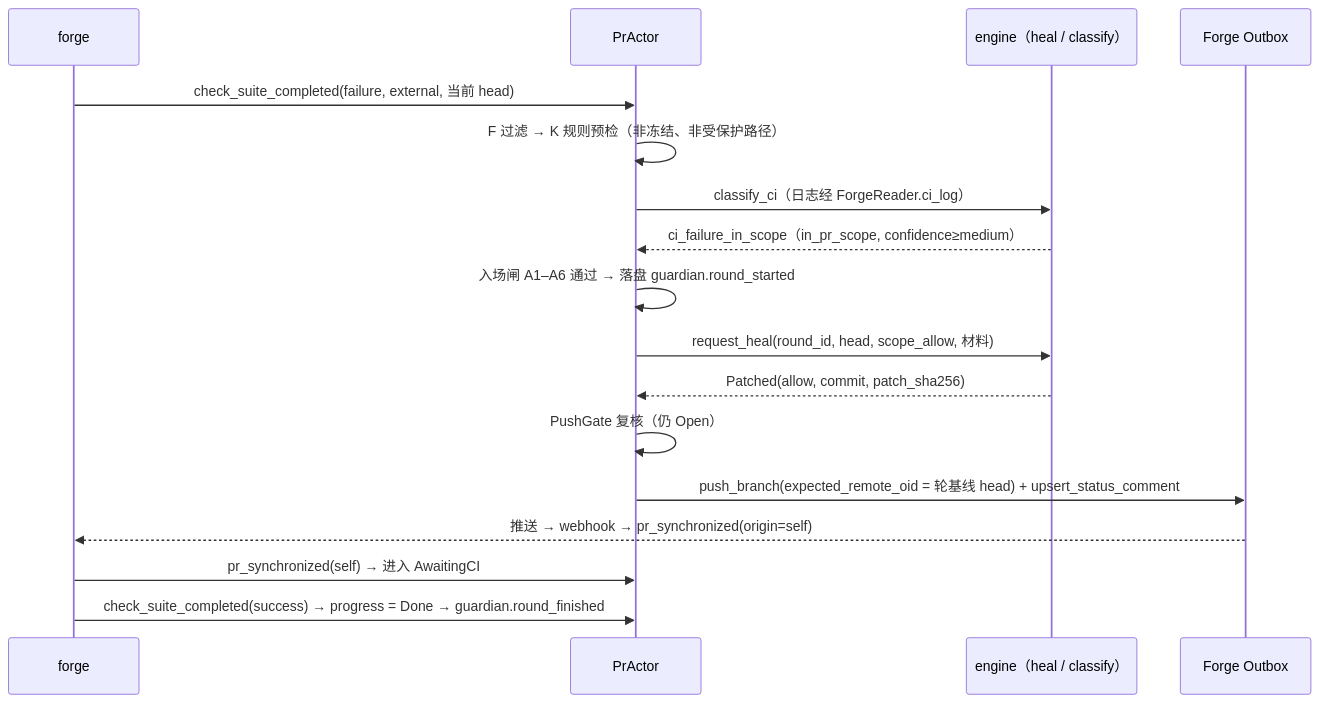
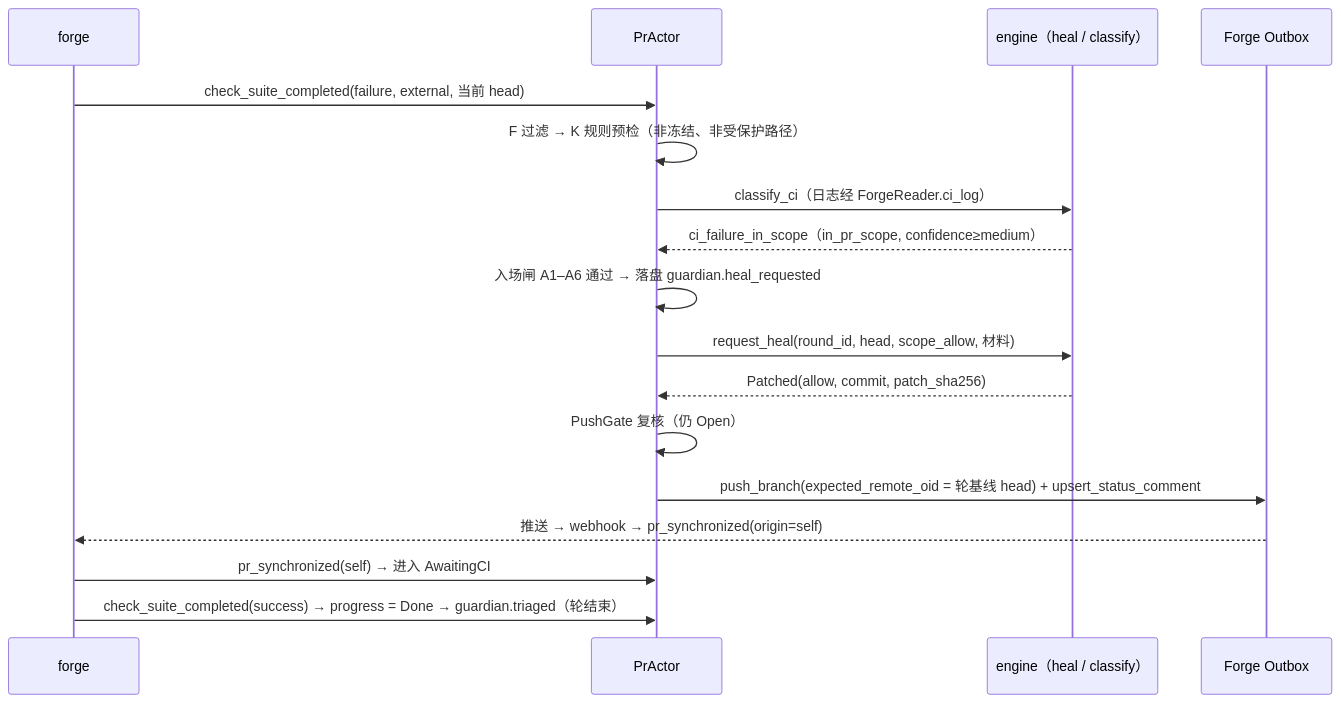
The second of 3 diagrams in docs/modules/guardian.md (LeXwDeX/Gantry), drawn with Mermaid before and after one commit. The commit also changed other lines of this file and 13 other files, not shown here.

````diff
--- a/docs/modules/guardian.md
+++ b/docs/modules/guardian.md
@@ -218,19 +218,19 @@
 ```mermaid
 sequenceDiagram
   participant FO as forge
   participant G as PrActor
   participant E as engine（heal / classify）
   participant OB as Forge Outbox
   FO->>G: check_suite_completed(failure, external, 当前 head)
   G->>G: F 过滤 → K 规则预检（非冻结、非受保护路径）
   G->>E: classify_ci（日志经 ForgeReader.ci_log）
   E-->>G: ci_failure_in_scope（in_pr_scope, confidence≥medium）
-  G->>G: 入场闸 A1–A6 通过 → 落盘 guardian.round_started
+  G->>G: 入场闸 A1–A6 通过 → 落盘 guardian.heal_requested
   G->>E: request_heal(round_id, head, scope_allow, 材料)
   E-->>G: Patched(allow, commit, patch_sha256)
   G->>G: PushGate 复核（仍 Open）
   G->>OB: push_branch(expected_remote_oid = 轮基线 head) + upsert_status_comment
   OB-->>FO: 推送 → webhook → pr_synchronized(origin=self)
   FO->>G: pr_synchronized(self) → 进入 AwaitingCI
-  FO->>G: check_suite_completed(success) → progress = Done → guardian.round_finished
+  FO->>G: check_suite_completed(success) → progress = Done → guardian.triaged（轮结束）
 ```
````
